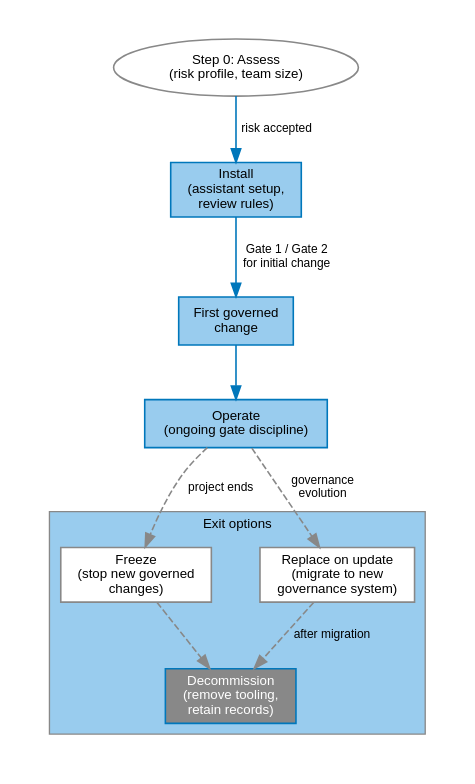
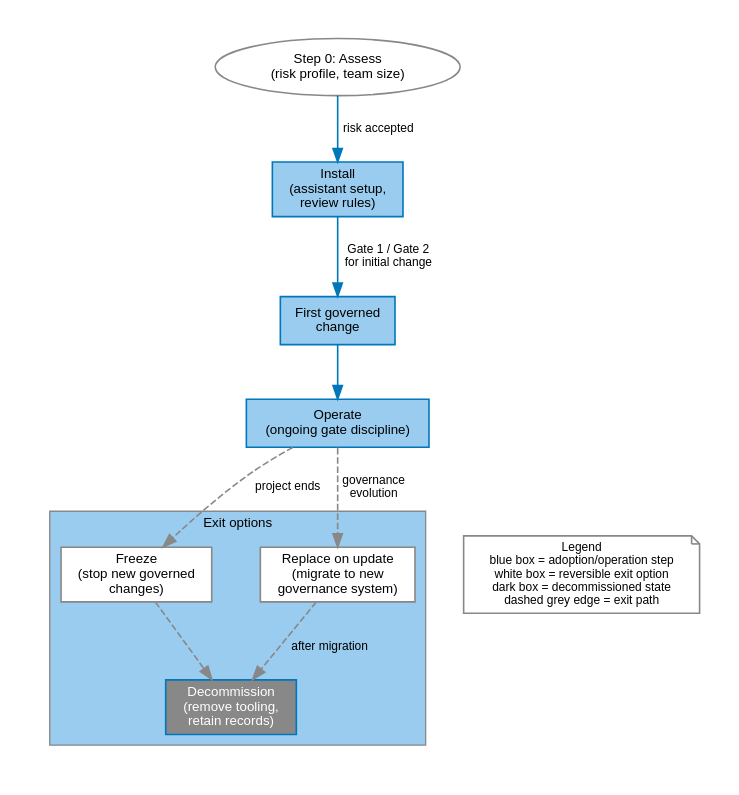
The diagram in agf/docs/figures/src/adoption-exit-flow.dot (janipaijanen/agf-mirror), drawn with Graphviz before and after one commit. The commit also changed 23 other files, not shown here.

```diff
--- a/agf/docs/figures/src/adoption-exit-flow.dot
+++ b/agf/docs/figures/src/adoption-exit-flow.dot
@@ -1,42 +1,46 @@
 // SPDX-License-Identifier: CC-BY-SA-4.0
 // agents-govern: adoption impact and exit/decommission flow
 // Generate: dot -Tsvg adoption-exit-flow.dot -o ../adoption-exit-flow.svg
 digraph adoption_exit {
     graph [rankdir=TB, splines=spline, pad=0.3, nodesep=0.5, ranksep=0.55,
            fontname="Helvetica", fontsize=11]
     node  [fontname="Helvetica", fontsize=10, style=filled, shape=box,
            fillcolor="#99CCEE", color="#0077BB", penwidth=1.2]
     edge  [fontname="Helvetica", fontsize=9, color="#0077BB", penwidth=1.2]
 
     assess   [label="Step 0: Assess\n(risk profile, team size)", shape=ellipse,
               fillcolor=white, color="#888888"]
     install  [label="Install\n(assistant setup,\nreview rules)"]
     first    [label="First governed\nchange"]
     operate  [label="Operate\n(ongoing gate discipline)"]
 
     subgraph cluster_exit {
         label="Exit options"
         style=filled
         fillcolor="#99CCEE"
         color="#888888"
         fontname="Helvetica"
         fontsize=10
 
         freeze   [label="Freeze\n(stop new governed\nchanges)", fillcolor=white,
                   color="#888888"]
         replace  [label="Replace on update\n(migrate to new\ngovernance system)",
                   fillcolor=white, color="#888888"]
         decomm   [label="Decommission\n(remove tooling,\nretain records)",
                   fillcolor="#888888", fontcolor=white]
     }
 
     assess   -> install  [label="risk accepted"]
     install  -> first    [label="Gate 1 / Gate 2\nfor initial change"]
     first    -> operate
     operate  -> freeze   [label="project ends", style=dashed, color="#888888"]
     operate  -> replace  [label="governance\nevolution", style=dashed,
                           color="#888888"]
     freeze   -> decomm   [style=dashed, color="#888888"]
     replace  -> decomm   [style=dashed, color="#888888",
                           label="after migration"]
+
+    legend [label="Legend\nblue box = adoption/operation step\nwhite box = reversible exit option\ndark box = decommissioned state\ndashed grey edge = exit path",
+            shape=note, fillcolor=white, color="#888888", fontsize=9]
+    operate -> legend [style=invis]
 }
```
